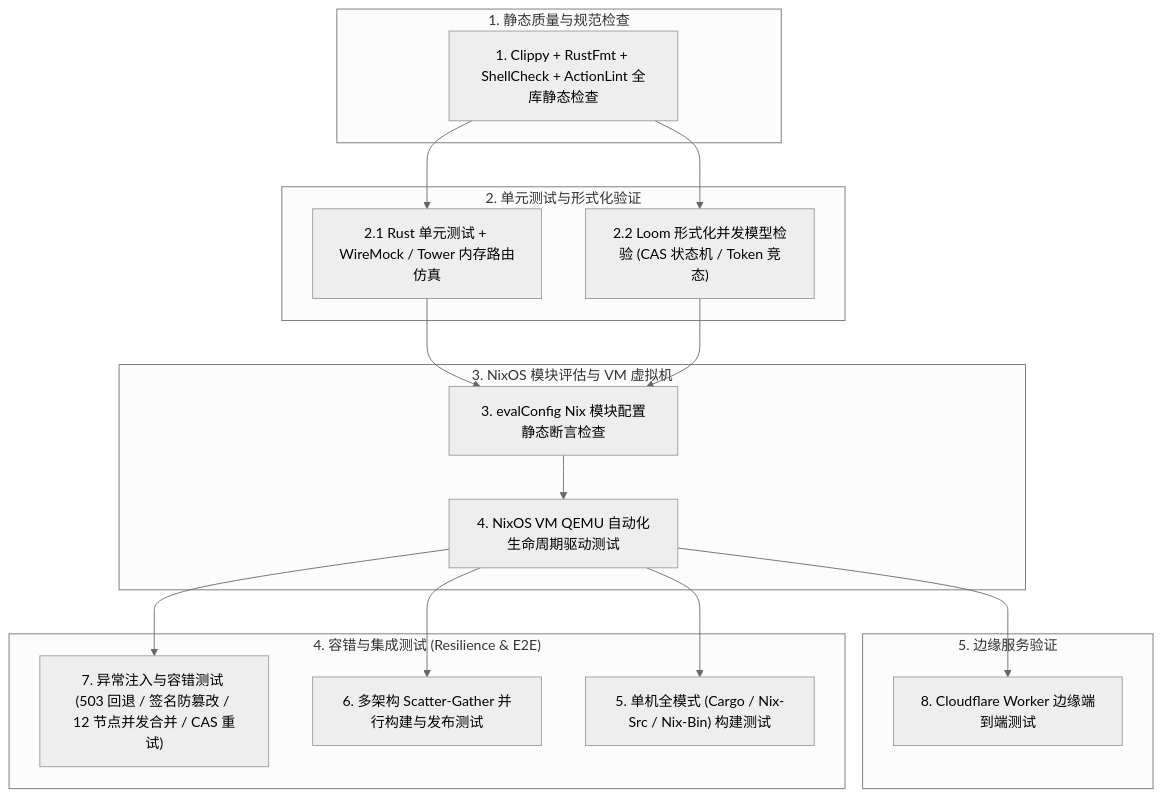
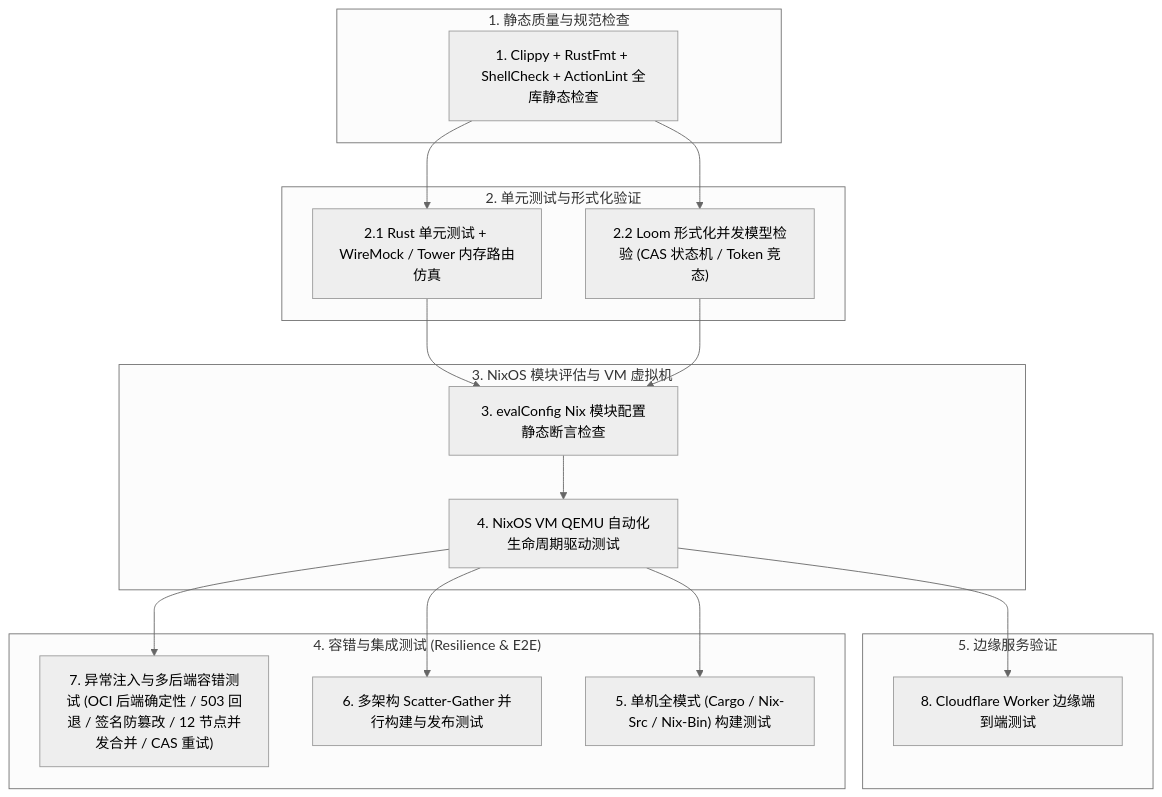
The third of 3 diagrams in README.md (shaogme/nixcache-oci), drawn with Mermaid (neutral theme) before and after one commit. The commit also changed other lines of this file and 24 other files, not shown here.

````diff
--- a/README.md
+++ b/README.md
@@ -839,32 +877,32 @@
 ```mermaid
 flowchart TB
     subgraph L5 ["5. 边缘服务验证"]
         T8["8. Cloudflare Worker 边缘端到端测试"]
     end
     subgraph L4 ["4. 容错与集成测试 (Resilience & E2E)"]
-        T7["7. 异常注入与容错测试 (503 回退 / 签名防篡改 / 12 节点并发合并 / CAS 重试)"]
+        T7["7. 异常注入与多后端容错测试 (OCI 后端确定性 / 503 回退 / 签名防篡改 / 12 节点并发合并 / CAS 重试)"]
         T6["6. 多架构 Scatter-Gather 并行构建与发布测试"]
         T5["5. 单机全模式 (Cargo / Nix-Src / Nix-Bin) 构建测试"]
     end
     subgraph L3 ["3. NixOS 模块评估与 VM 虚拟机"]
         T4["4. NixOS VM QEMU 自动化生命周期驱动测试"]
         T3["3. evalConfig Nix 模块配置静态断言检查"]
     end
     subgraph L2 ["2. 单元测试与形式化验证"]
         T2_2["2.2 Loom 形式化并发模型检验 (CAS 状态机 / Token 竞态)"]
         T2_1["2.1 Rust 单元测试 + WireMock / Tower 内存路由仿真"]
     end
     subgraph L1 ["1. 静态质量与规范检查"]
         T1["1. Clippy + RustFmt + ShellCheck + ActionLint 全库静态检查"]
     end
 
     T1 --> T2_1
     T1 --> T2_2
     T2_1 --> T3
     T2_2 --> T3
     T3 --> T4
     T4 --> T5
     T4 --> T6
     T4 --> T7
     T4 --> T8
 ```
````
